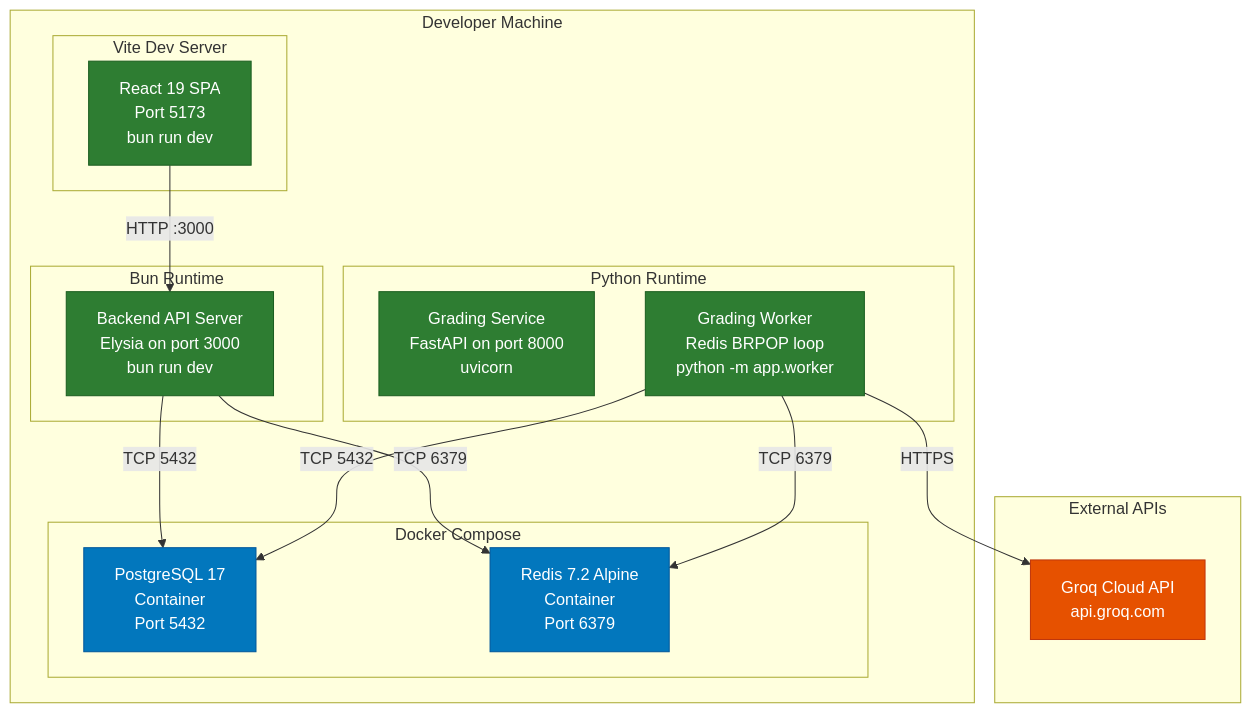
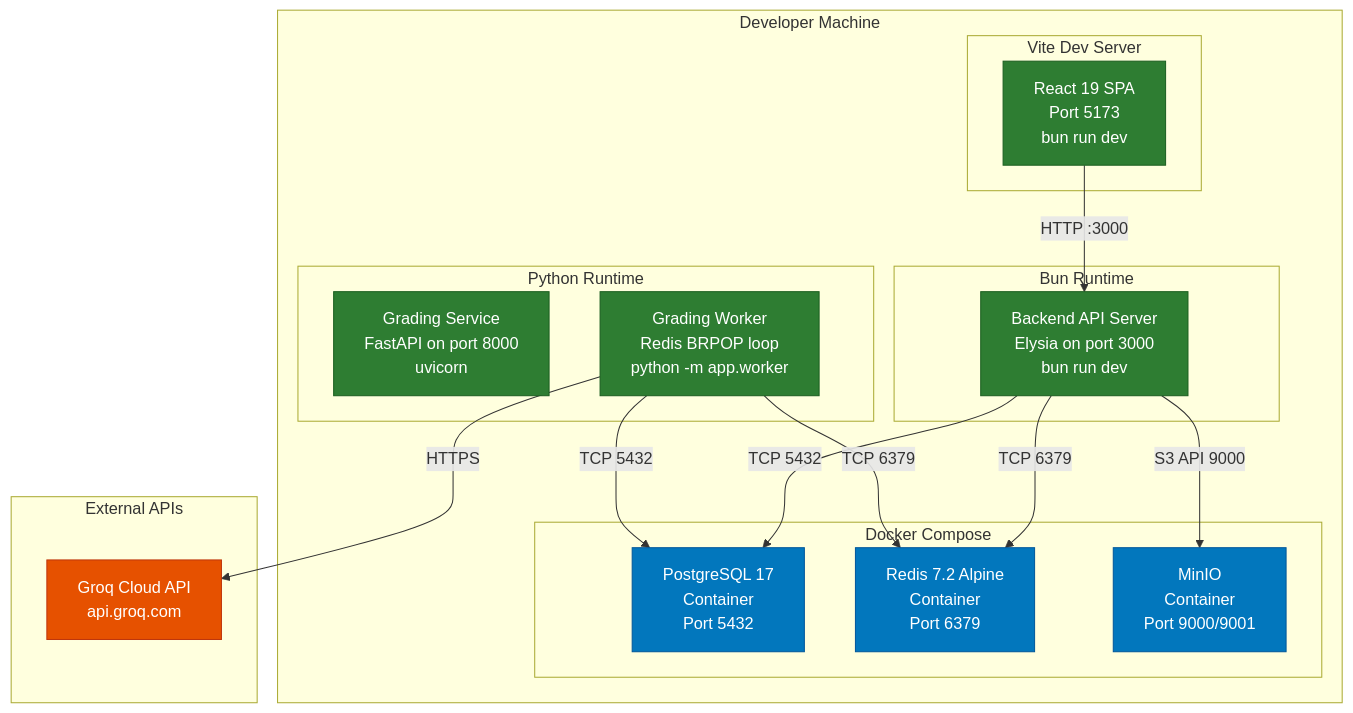
The second of 16 diagrams in docs/capstone/reports/ENG/report4-software-design-document.md (nghyane/VSTEP), drawn with Mermaid before and after one commit. The commit also changed other lines of this file and 3 other files, not shown here.

````diff
--- a/docs/capstone/reports/ENG/report4-software-design-document.md
+++ b/docs/capstone/reports/ENG/report4-software-design-document.md
@@ -124,41 +126,43 @@
 ```mermaid
 flowchart TB
     subgraph DevMachine ["Developer Machine"]
         subgraph DockerCompose ["Docker Compose"]
             PGContainer["PostgreSQL 17<br/>Container<br/>Port 5432"]
             RedisContainer["Redis 7.2 Alpine<br/>Container<br/>Port 6379"]
+            MinIOContainer["MinIO<br/>Container<br/>Port 9000/9001"]
         end
 
         subgraph BunRuntime ["Bun Runtime"]
             BackendAPI["Backend API Server<br/>Elysia on port 3000<br/>bun run dev"]
         end
 
         subgraph PythonRuntime ["Python Runtime"]
             GradingAPI["Grading Service<br/>FastAPI on port 8000<br/>uvicorn"]
             GradingWorker["Grading Worker<br/>Redis BRPOP loop<br/>python -m app.worker"]
         end
 
         subgraph ViteDevServer ["Vite Dev Server"]
             FrontendDev["React 19 SPA<br/>Port 5173<br/>bun run dev"]
         end
     end
 
     subgraph ExternalAPIs ["External APIs"]
         Groq["Groq Cloud API<br/>api.groq.com"]
     end
 
     BackendAPI -->|"TCP 5432"| PGContainer
     BackendAPI -->|"TCP 6379"| RedisContainer
+    BackendAPI -->|"S3 API 9000"| MinIOContainer
     GradingWorker -->|"TCP 5432"| PGContainer
     GradingWorker -->|"TCP 6379"| RedisContainer
     GradingWorker -->|"HTTPS"| Groq
     FrontendDev -->|"HTTP :3000"| BackendAPI
 
     classDef container fill:#0277bd,stroke:#01579b,color:#fff
     classDef runtime fill:#2e7d32,stroke:#1b5e20,color:#fff
     classDef external fill:#e65100,stroke:#bf360c,color:#fff
 
-    class PGContainer,RedisContainer container
+    class PGContainer,RedisContainer,MinIOContainer container
     class BackendAPI,GradingAPI,GradingWorker,FrontendDev runtime
     class Groq external
 ```
````
